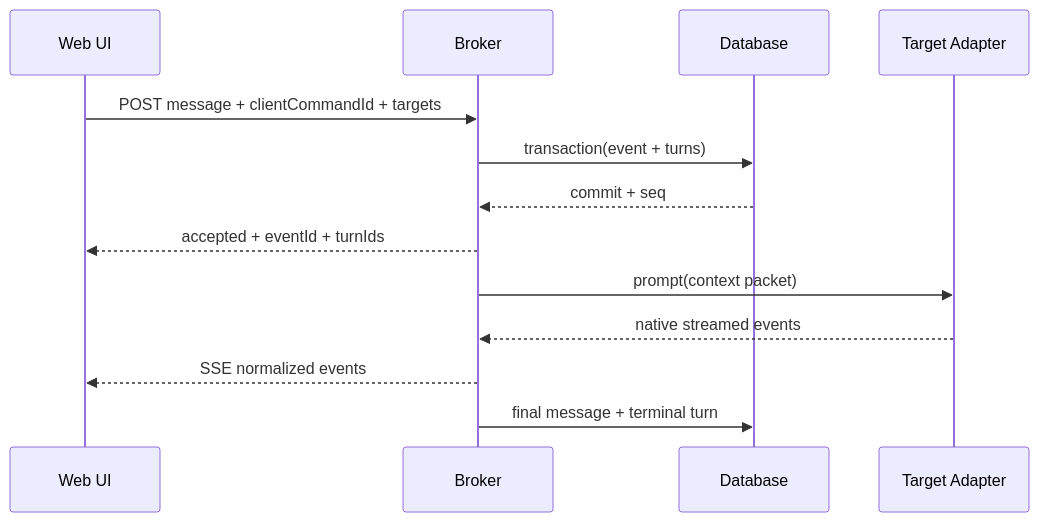
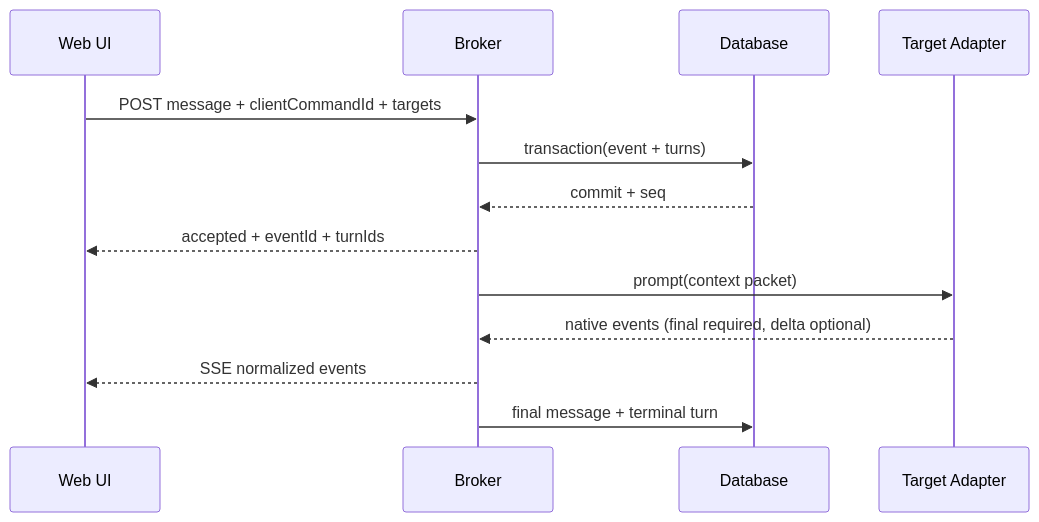
Before and after one commit to susyimes/GroupX: the second of 2 diagrams in docs/IMPLEMENTATION.md, drawn with Mermaid. The commit also changed other lines of this file and 145 other files, not shown here.

````diff
--- a/docs/IMPLEMENTATION.md
+++ b/docs/IMPLEMENTATION.md
@@ -262,15 +291,15 @@
 ```mermaid
 sequenceDiagram
     participant U as Web UI
     participant B as Broker
     participant D as Database
     participant A as Target Adapter
     U->>B: POST message + clientCommandId + targets
     B->>D: transaction(event + turns)
     D-->>B: commit + seq
     B-->>U: accepted + eventId + turnIds
     B->>A: prompt(context packet)
-    A-->>B: native streamed events
+    A-->>B: native events (final required, delta optional)
     B-->>U: SSE normalized events
     B->>D: final message + terminal turn
 ```
````
